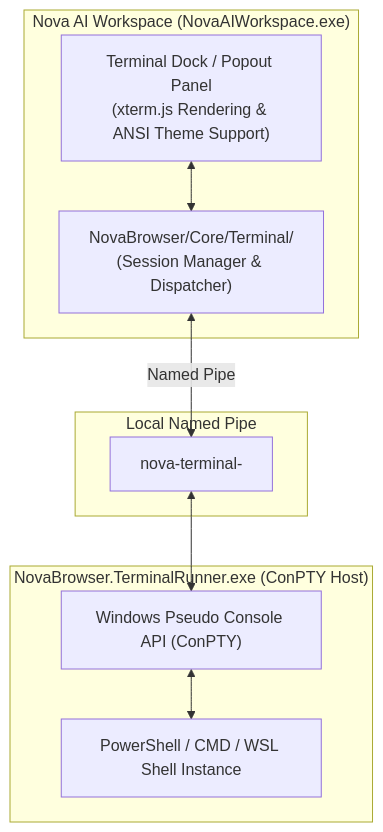
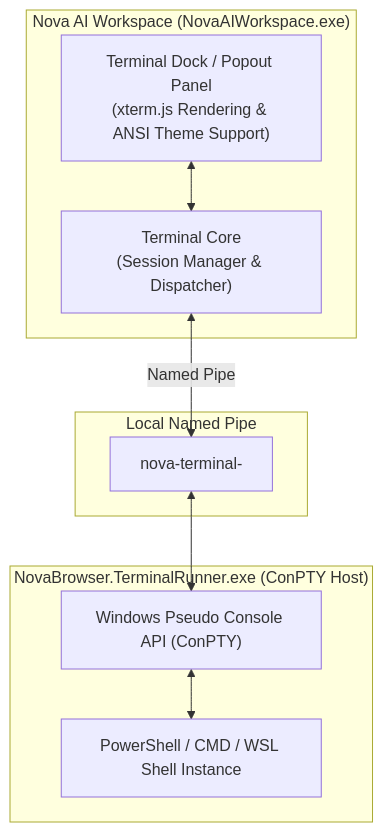
The diagram in docs/core-features/terminal-workspaces.md (joelaniol/nova), drawn with Mermaid before and after one commit. The commit also changed other lines of this file and 35 other files, not shown here.

````diff
--- a/docs/core-features/terminal-workspaces.md
+++ b/docs/core-features/terminal-workspaces.md
@@ -22,23 +22,23 @@
 ```mermaid
 flowchart TD
     subgraph BrowserProcess["Nova AI Workspace (NovaAIWorkspace.exe)"]
         Dock["Terminal Dock / Popout Panel
 (xterm.js Rendering & ANSI Theme Support)"]
-        TerminalCore["NovaBrowser/Core/Terminal/
+        TerminalCore["Terminal Core
 (Session Manager & Dispatcher)"]
         Dock <--> TerminalCore
     end
 
     subgraph IPC["Local Named Pipe"]
         Pipe["nova-terminal-<session-id>"]
     end
 
     subgraph ExternalRunner["NovaBrowser.TerminalRunner.exe (ConPTY Host)"]
         ConPTY["Windows Pseudo Console API (ConPTY)"]
         Shell["PowerShell / CMD / WSL Shell Instance"]
         ConPTY <--> Shell
     end
 
     TerminalCore <-->|Named Pipe| Pipe
     Pipe <--> ConPTY
 ```
````
